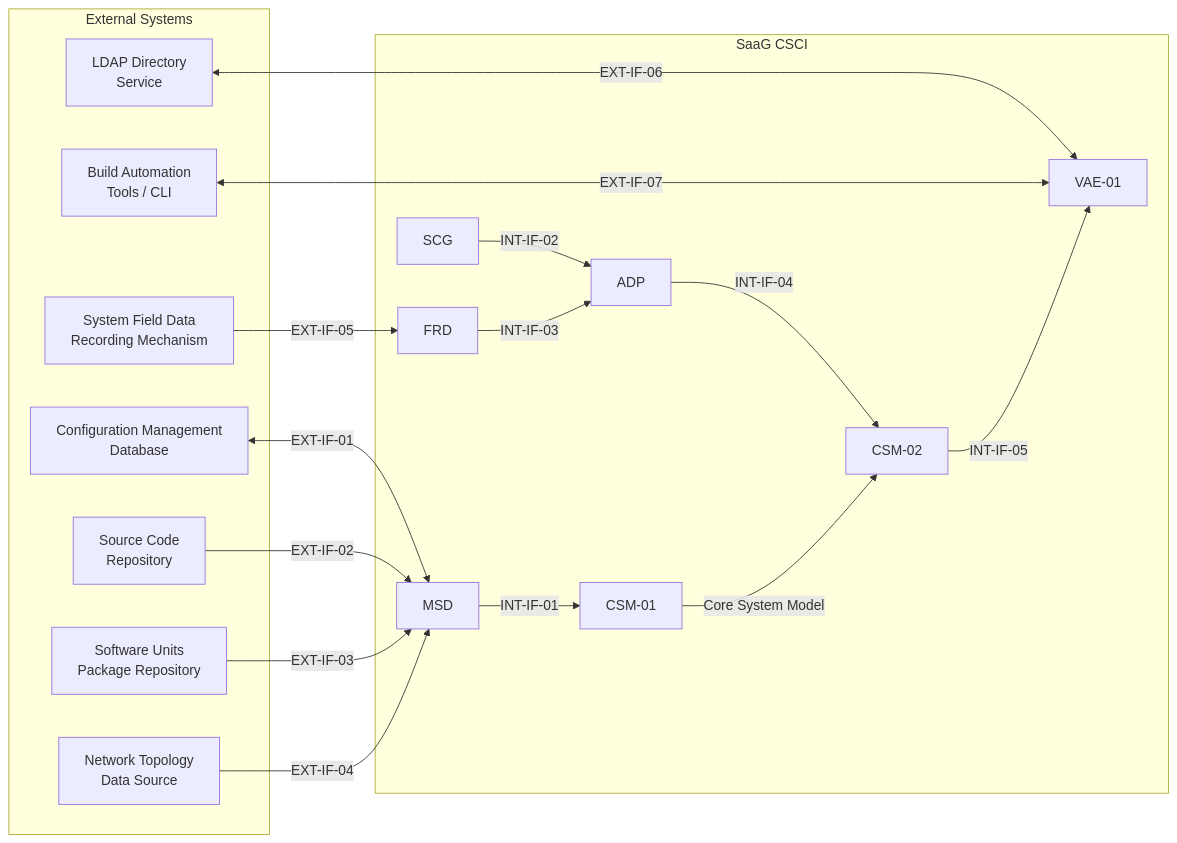
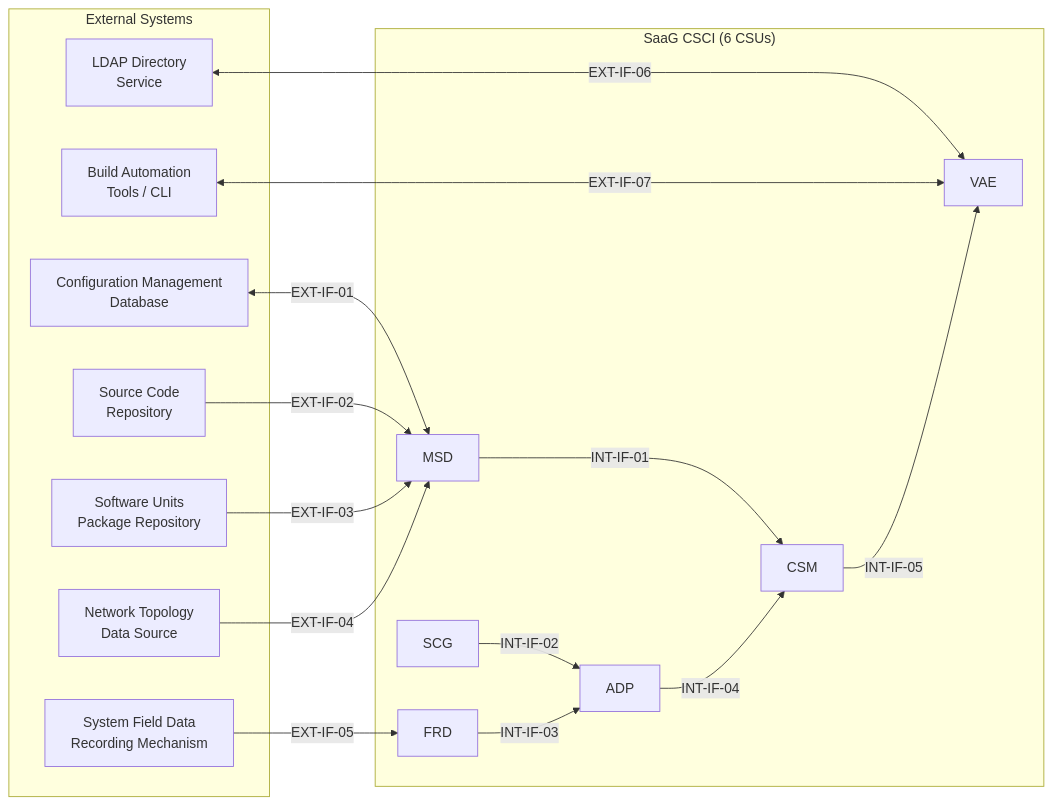
The second of 2 diagrams in docs/design/SDD.md (onuralpyigit/system-as-a-graph), drawn with Mermaid before and after one commit. The commit also changed other lines of this file and 8 other files, not shown here.

````diff
--- a/docs/design/SDD.md
+++ b/docs/design/SDD.md
@@ -91,34 +91,32 @@
 ```mermaid
 flowchart LR
     subgraph EXT["External Systems"]
         CMDB["Configuration Management<br/>Database"]
         REPO["Source Code<br/>Repository"]
         PKG["Software Units<br/>Package Repository"]
         NTS["Network Topology<br/>Data Source"]
         FDR["System Field Data<br/>Recording Mechanism"]
         LDAP["LDAP Directory<br/>Service"]
         BAT["Build Automation<br/>Tools / CLI"]
     end
-    subgraph CSCI["SaaG CSCI"]
+    subgraph CSCI["SaaG CSCI (6 CSUs)"]
         MSD["MSD"]
         SCG["SCG"]
         FRD["FRD"]
         ADP["ADP"]
-        CSM01["CSM-01"]
-        CSM02["CSM-02"]
-        VAE01["VAE-01"]
+        CSM["CSM"]
+        VAE["VAE"]
     end
     CMDB <-->|"EXT-IF-01"| MSD
     REPO -->|"EXT-IF-02"| MSD
     PKG -->|"EXT-IF-03"| MSD
     NTS -->|"EXT-IF-04"| MSD
     FDR -->|"EXT-IF-05"| FRD
-    LDAP <-->|"EXT-IF-06"| VAE01
-    BAT <-->|"EXT-IF-07"| VAE01
-    MSD -->|"INT-IF-01"| CSM01
+    LDAP <-->|"EXT-IF-06"| VAE
+    BAT <-->|"EXT-IF-07"| VAE
+    MSD -->|"INT-IF-01"| CSM
     SCG -->|"INT-IF-02"| ADP
     FRD -->|"INT-IF-03"| ADP
-    ADP -->|"INT-IF-04"| CSM02
-    CSM01 -->|"Core System Model"| CSM02
-    CSM02 -->|"INT-IF-05"| VAE01
+    ADP -->|"INT-IF-04"| CSM
+    CSM -->|"INT-IF-05"| VAE
 ```
````
